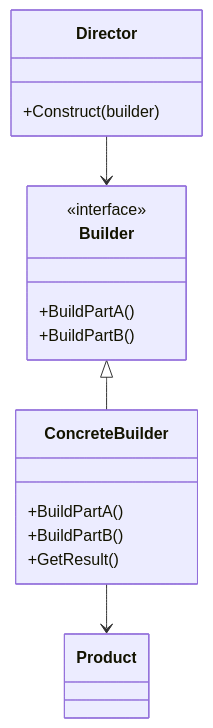
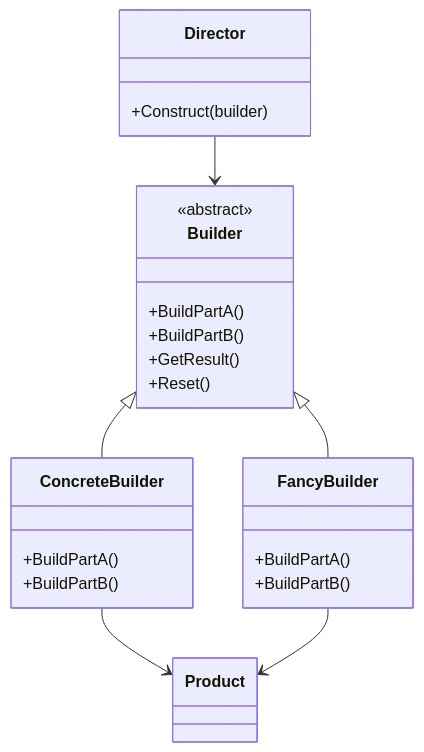
Before and after one commit to vakimov1986/C-lectures: the diagram in docs/chapter2/Builder.md, drawn with Mermaid. The commit also changed other lines of this file, not shown here.

Commit message:
updated builder pattern

````diff
--- a/docs/chapter2/Builder.md
+++ b/docs/chapter2/Builder.md
@@ -16,21 +14,28 @@
 ```mermaid
 classDiagram
     class Product
     class Builder {
-        <<interface>>
+        <<abstract>>
         +BuildPartA()
         +BuildPartB()
+        +GetResult()
+        +Reset()
     }
     class ConcreteBuilder {
         +BuildPartA()
         +BuildPartB()
-        +GetResult()
+    }
+    class FancyBuilder {
+        +BuildPartA()
+        +BuildPartB()
     }
     class Director {
         +Construct(builder)
     }
 
     Builder <|-- ConcreteBuilder
+    Builder <|-- FancyBuilder
     Director --> Builder
     ConcreteBuilder --> Product
+    FancyBuilder --> Product
 ```
````
